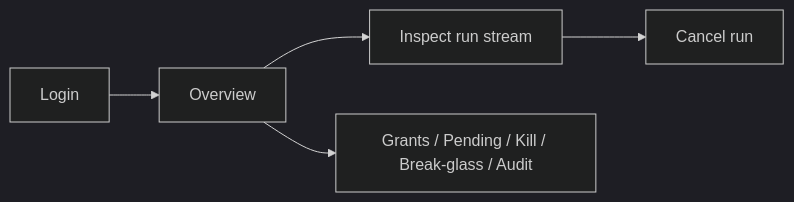
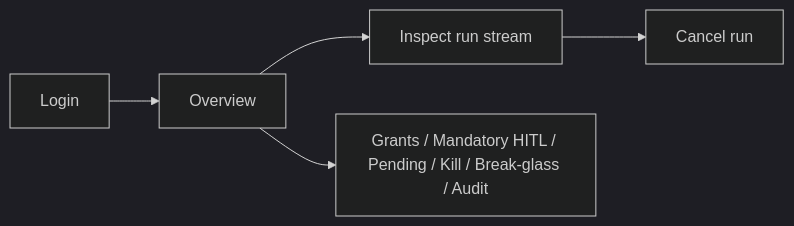
One commit to getrunkite/runkite changed the diagram in docs/admin.md. Above: the diagram before and after it, drawn with Mermaid (dark theme). The commit also changed other lines of this file and 8 other files, not shown here.

````diff
--- a/docs/admin.md
+++ b/docs/admin.md
@@ -85,7 +85,7 @@
 ```mermaid
 flowchart LR
   A[Login] --> B[Overview]
   B --> C[Inspect run stream]
   C --> D[Cancel run]
-  B --> E[Grants / Pending / Kill / Break-glass / Audit]
+  B --> E[Grants / Mandatory HITL / Pending / Kill / Break-glass / Audit]
 ```
````
